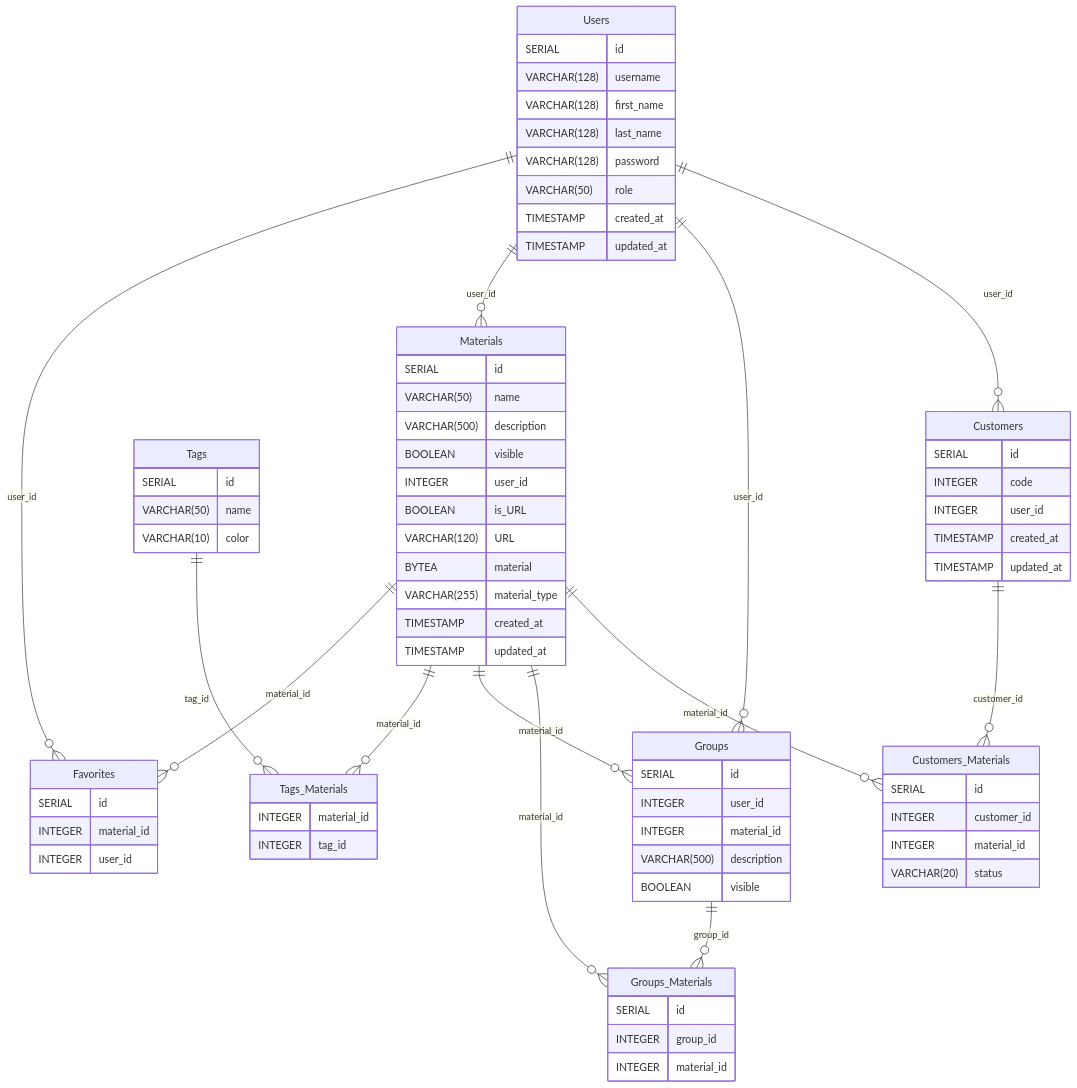
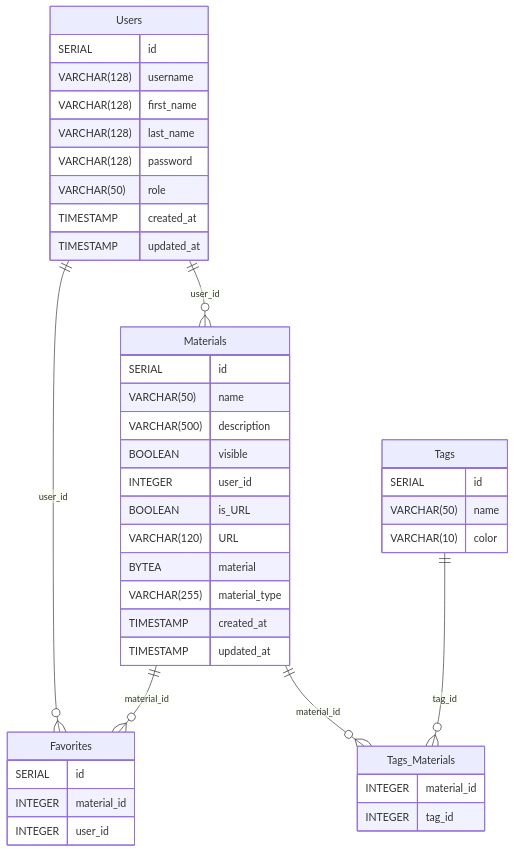
One commit to phuvio/Material-bank changed the diagram in Documentation/database.md. Above: the diagram before and after it, drawn with Mermaid. The commit also changed other lines of this file and 12 other files, not shown here.

````diff
--- a/Documentation/database.md
+++ b/Documentation/database.md
@@ -34,16 +34,16 @@
         TIMESTAMP updated_at
     }
 
+    Tags {
+        SERIAL id
+        VARCHAR(50) name
+        VARCHAR(10) color
+    }
+
     Favorites {
         SERIAL id
         INTEGER material_id
         INTEGER user_id
-    }
-
-    Tags {
-        SERIAL id
-        VARCHAR(50) name
-        VARCHAR(10) color
     }
 
     Tags_Materials {
@@ -51,46 +51,10 @@
         INTEGER tag_id
     }
 
-    Groups {
-        SERIAL id
-        INTEGER user_id
-        INTEGER material_id
-        VARCHAR(500) description
-        BOOLEAN visible
-    }
-
-    Groups_Materials {
-        SERIAL id
-        INTEGER group_id
-        INTEGER material_id
-    }
-
-    Customers {
-        SERIAL id
-        INTEGER code
-        INTEGER user_id
-        TIMESTAMP created_at
-        TIMESTAMP updated_at
-    }
-
-    Customers_Materials {
-        SERIAL id
-        INTEGER customer_id
-        INTEGER material_id
-        VARCHAR(20) status
-    }
-
     %% Relationships
     Users ||--o{ Favorites : "user_id"
     Materials ||--o{ Favorites : "material_id"
+    Materials ||--o{ Tags_Materials : "material_id"
     Tags ||--o{ Tags_Materials : "tag_id"
-    Materials ||--o{ Tags_Materials : "material_id"
-    Materials ||--o{ Groups : "material_id"
     Users ||--o{ Materials : "user_id"
-    Users ||--o{ Groups : "user_id"
-    Groups ||--o{ Groups_Materials : "group_id"
-    Materials ||--o{ Groups_Materials : "material_id"
-    Users ||--o{ Customers : "user_id"
-    Customers ||--o{ Customers_Materials : "customer_id"
-    Materials ||--o{ Customers_Materials : "material_id"
 ```
````
